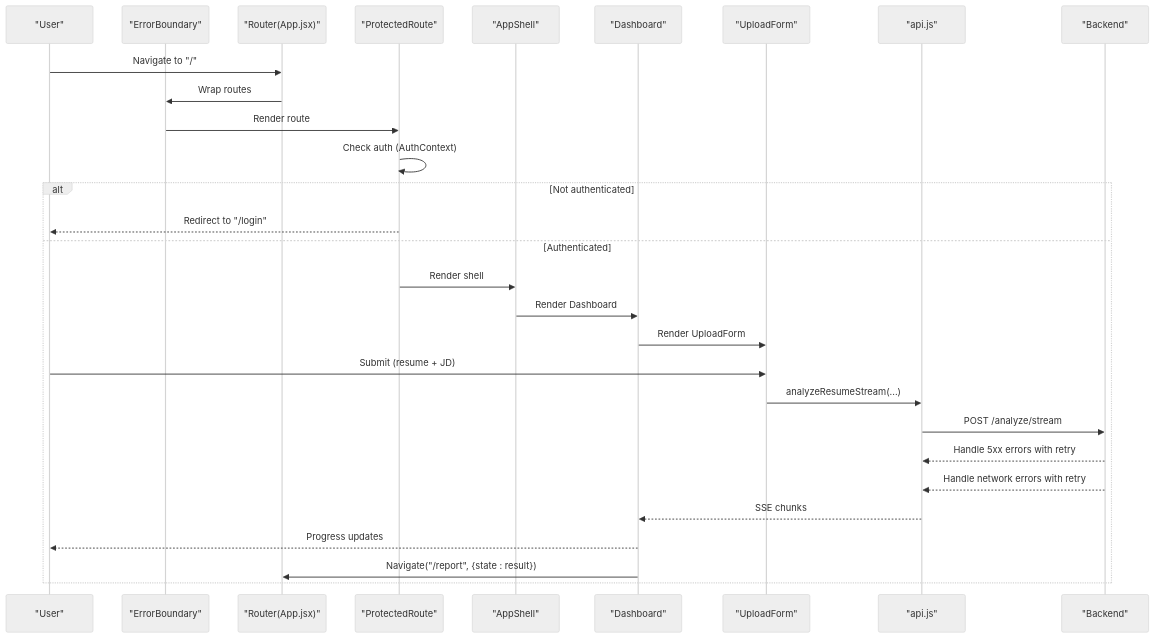
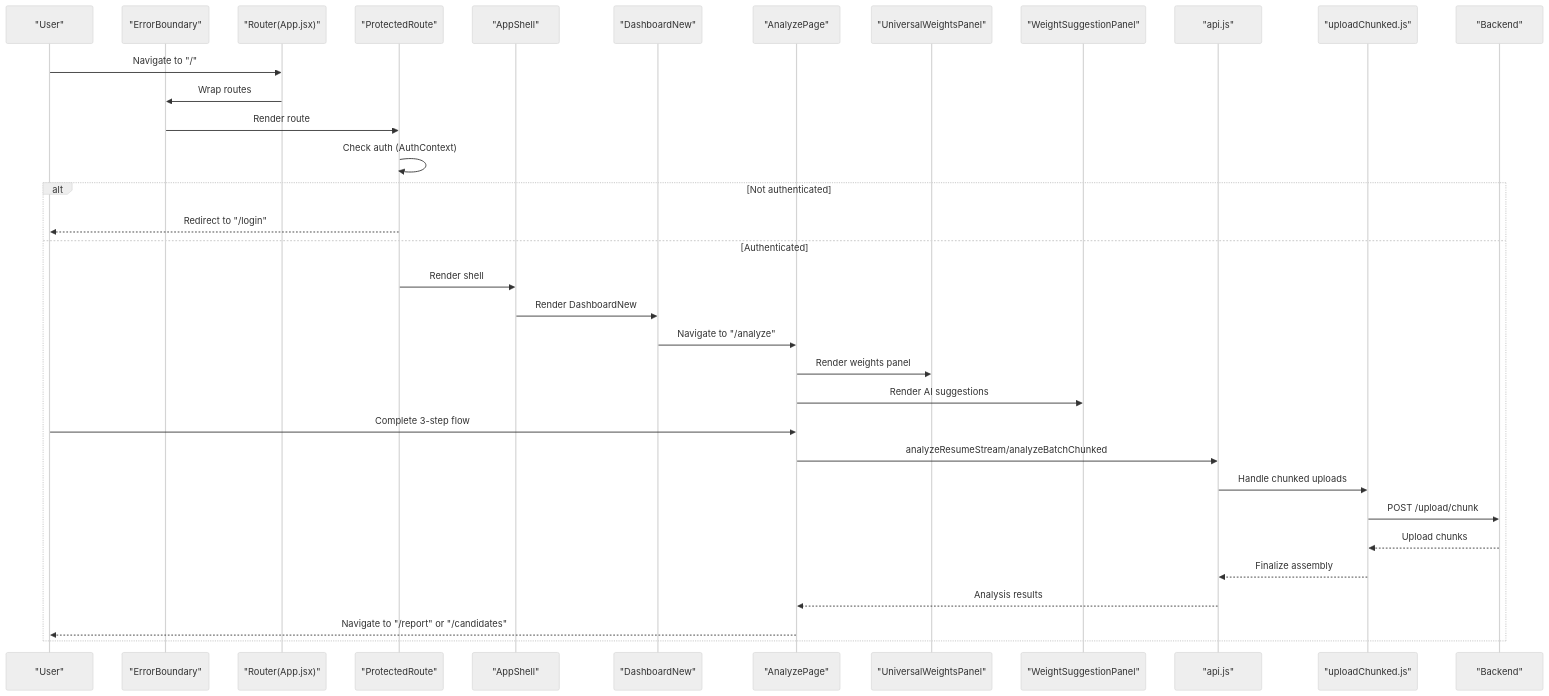
One commit to Revanththetalogics/aireume changed the second of 22 diagrams in .qoder/repowiki/en/content/Frontend Architecture/Frontend Architecture.md. Above: the diagram before and after it, drawn with Mermaid (neutral theme). The commit also changed other lines of this file and 20 other files, not shown here.

First line of the commit message:
fix: persist complete report data to analysis_result for Candidates page

````diff
--- a/.qoder/repowiki/en/content/Frontend Architecture/Frontend Architecture.md
+++ b/.qoder/repowiki/en/content/Frontend Architecture/Frontend Architecture.md
@@ -170,31 +216,36 @@
 ```mermaid
 sequenceDiagram
 participant U as "User"
 participant EB as "ErrorBoundary"
 participant R as "Router(App.jsx)"
 participant P as "ProtectedRoute"
 participant S as "AppShell"
-participant D as "Dashboard"
-participant UF as "UploadForm"
+participant DN as "DashboardNew"
+participant AP as "AnalyzePage"
+participant UWP as "UniversalWeightsPanel"
+participant WSP as "WeightSuggestionPanel"
 participant API as "api.js"
+participant UC as "uploadChunked.js"
 participant BE as "Backend"
 U->>R : Navigate to "/"
 R->>EB : Wrap routes
 EB->>P : Render route
 P->>P : Check auth (AuthContext)
 alt Not authenticated
 P-->>U : Redirect to "/login"
 else Authenticated
 P->>S : Render shell
-S->>D : Render Dashboard
-D->>UF : Render UploadForm
-U->>UF : Submit (resume + JD)
-UF->>API : analyzeResumeStream(...)
-API->>BE : POST /analyze/stream
-BE-->>API : Handle 5xx errors with retry
-BE-->>API : Handle network errors with retry
-API-->>D : SSE chunks
-D-->>U : Progress updates
-D->>R : Navigate("/report", {state : result})
+S->>DN : Render DashboardNew
+DN->>AP : Navigate to "/analyze"
+AP->>UWP : Render weights panel
+AP->>WSP : Render AI suggestions
+U->>AP : Complete 3-step flow
+AP->>API : analyzeResumeStream/analyzeBatchChunked
+API->>UC : Handle chunked uploads
+UC->>BE : POST /upload/chunk
+BE-->>UC : Upload chunks
+UC-->>API : Finalize assembly
+API-->>AP : Analysis results
+AP-->>U : Navigate to "/report" or "/candidates"
 end
 ```
````
